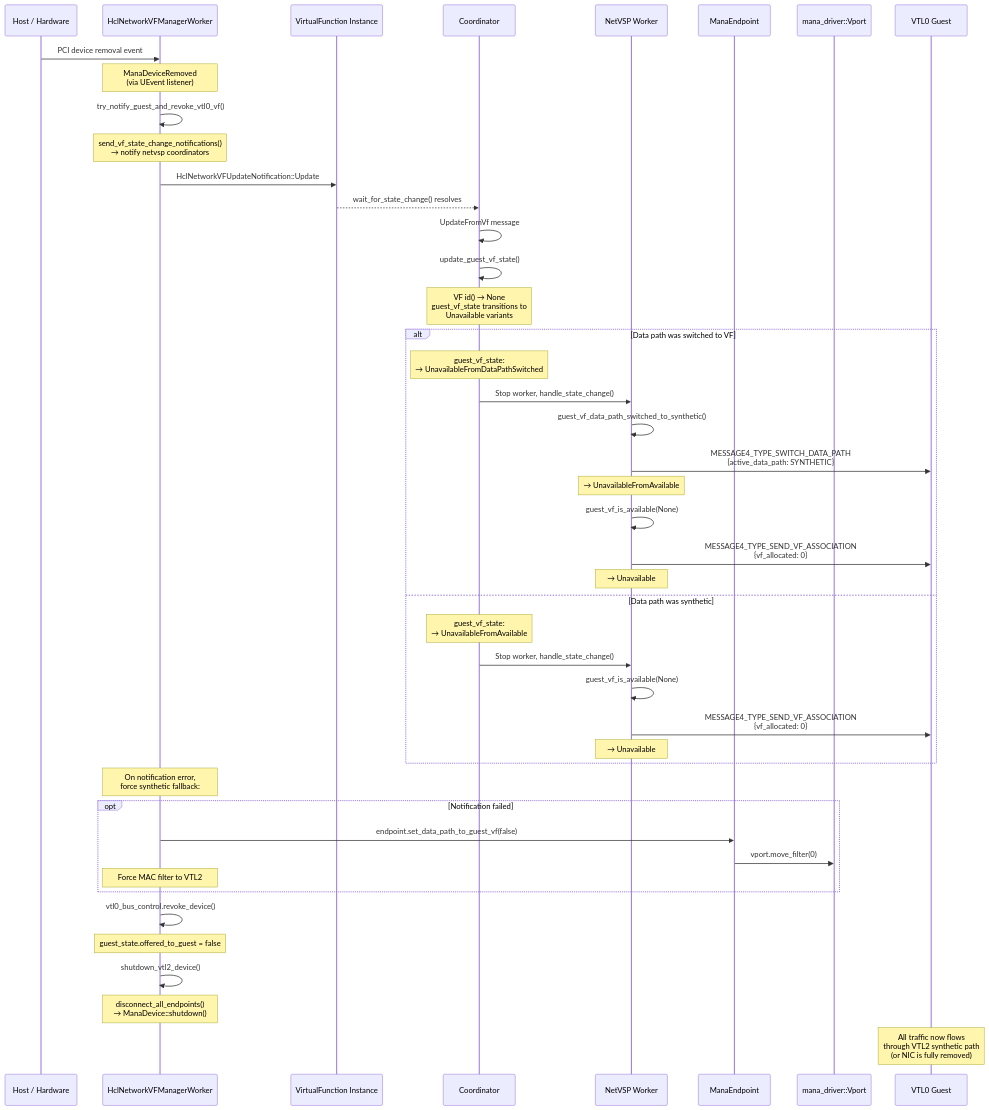
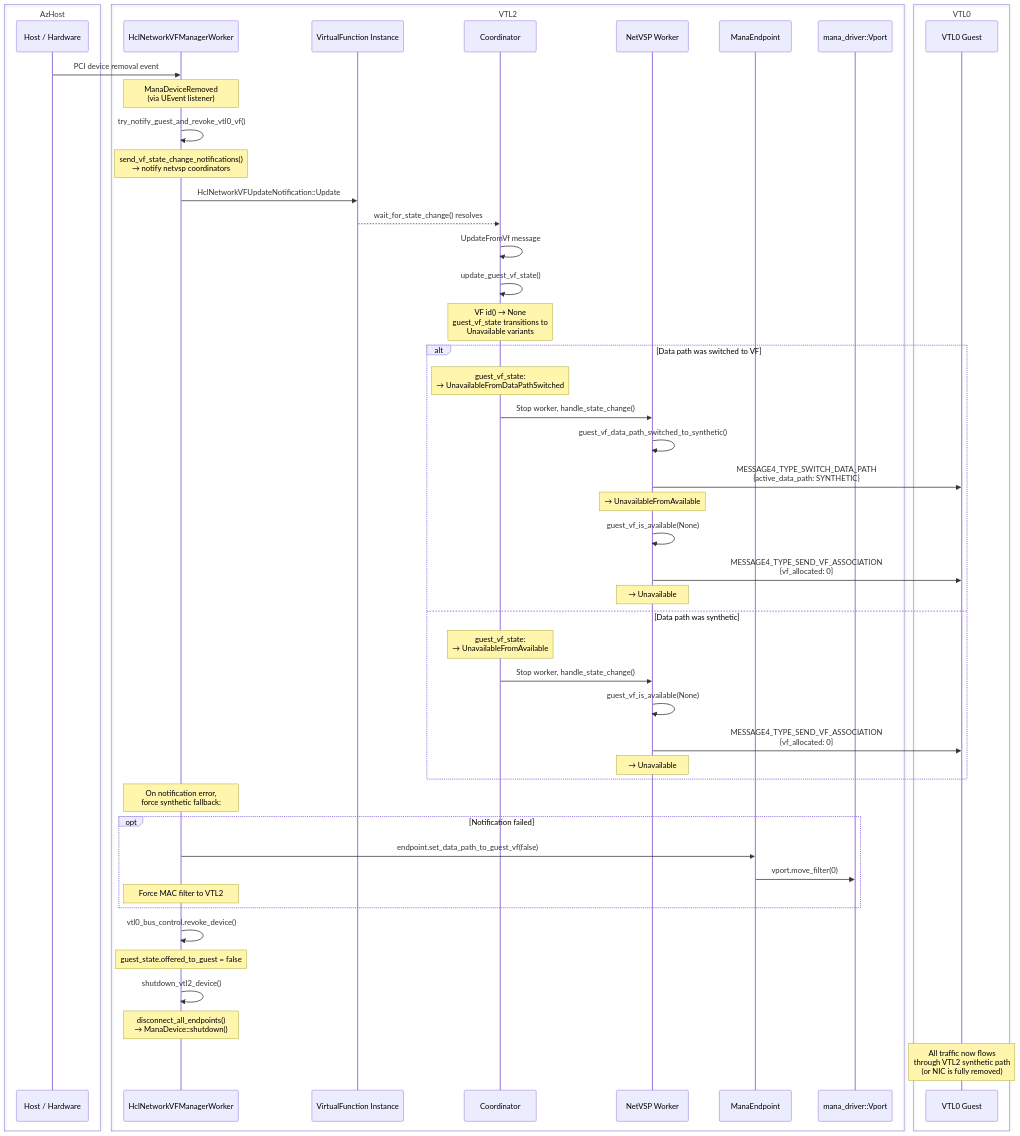
Before and after one commit to ben-zen/openvmm: the sixth of 7 diagrams in Guide/src/dev_guide/netvsp_mana_lifecycle_diagrams.md, drawn with Mermaid. The commit also changed other lines of this file, not shown here.

Commit message:
Improved diagrams, added component boundaries.

````diff
--- a/Guide/src/dev_guide/netvsp_mana_lifecycle_diagrams.md
+++ b/Guide/src/dev_guide/netvsp_mana_lifecycle_diagrams.md
@@ -376,59 +385,65 @@
 ```mermaid
 sequenceDiagram
+    box AzHost
     participant Host as Host / Hardware
+    end
+    box VTL2
     participant VFMgrWkr as HclNetworkVFManagerWorker
     participant VFMgrInst as VirtualFunction Instance
     participant Coord as Coordinator
     participant NetVSP as NetVSP Worker
     participant ManaEP as ManaEndpoint
     participant Vport as mana_driver::Vport
+    end
+    box VTL0
     participant Guest as VTL0 Guest
+    end
 
     Host->>VFMgrWkr: PCI device removal event
     Note over VFMgrWkr: ManaDeviceRemoved<br/>(via UEvent listener)
 
     VFMgrWkr->>VFMgrWkr: try_notify_guest_and_revoke_vtl0_vf()
     Note over VFMgrWkr: send_vf_state_change_notifications()<br/>→ notify netvsp coordinators
 
     VFMgrWkr->>VFMgrInst: HclNetworkVFUpdateNotification::Update
     VFMgrInst-->>Coord: wait_for_state_change() resolves
 
     Coord->>Coord: UpdateFromVf message
     Coord->>Coord: update_guest_vf_state()
     Note over Coord: VF id() → None<br/>guest_vf_state transitions to<br/>Unavailable variants
 
     alt Data path was switched to VF
         Note over Coord: guest_vf_state:<br/>→ UnavailableFromDataPathSwitched
         Coord->>NetVSP: Stop worker, handle_state_change()
 
         NetVSP->>NetVSP: guest_vf_data_path_switched_to_synthetic()
         NetVSP->>Guest: MESSAGE4_TYPE_SWITCH_DATA_PATH<br/>{active_data_path: SYNTHETIC}
         Note over NetVSP: → UnavailableFromAvailable
 
         NetVSP->>NetVSP: guest_vf_is_available(None)
         NetVSP->>Guest: MESSAGE4_TYPE_SEND_VF_ASSOCIATION<br/>{vf_allocated: 0}
         Note over NetVSP: → Unavailable
     else Data path was synthetic
         Note over Coord: guest_vf_state:<br/>→ UnavailableFromAvailable
         Coord->>NetVSP: Stop worker, handle_state_change()
         NetVSP->>NetVSP: guest_vf_is_available(None)
         NetVSP->>Guest: MESSAGE4_TYPE_SEND_VF_ASSOCIATION<br/>{vf_allocated: 0}
         Note over NetVSP: → Unavailable
     end
 
     Note over VFMgrWkr: On notification error,<br/>force synthetic fallback:
 
     opt Notification failed
         VFMgrWkr->>ManaEP: endpoint.set_data_path_to_guest_vf(false)
         ManaEP->>Vport: vport.move_filter(0)
         Note over VFMgrWkr: Force MAC filter to VTL2
     end
 
     VFMgrWkr->>VFMgrWkr: vtl0_bus_control.revoke_device()
     Note over VFMgrWkr: guest_state.offered_to_guest = false
 
     VFMgrWkr->>VFMgrWkr: shutdown_vtl2_device()
     Note over VFMgrWkr: disconnect_all_endpoints()<br/>→ ManaDevice::shutdown()
 
     Note over Guest: All traffic now flows<br/>through VTL2 synthetic path<br/>(or NIC is fully removed)
 ```
````
